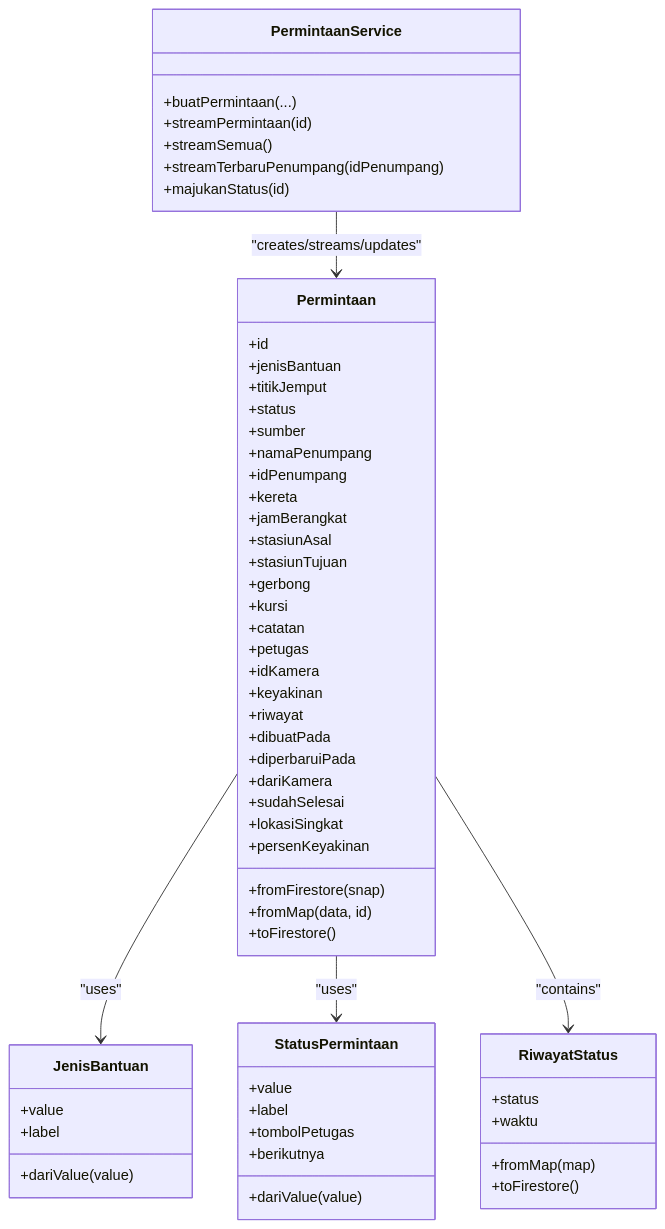
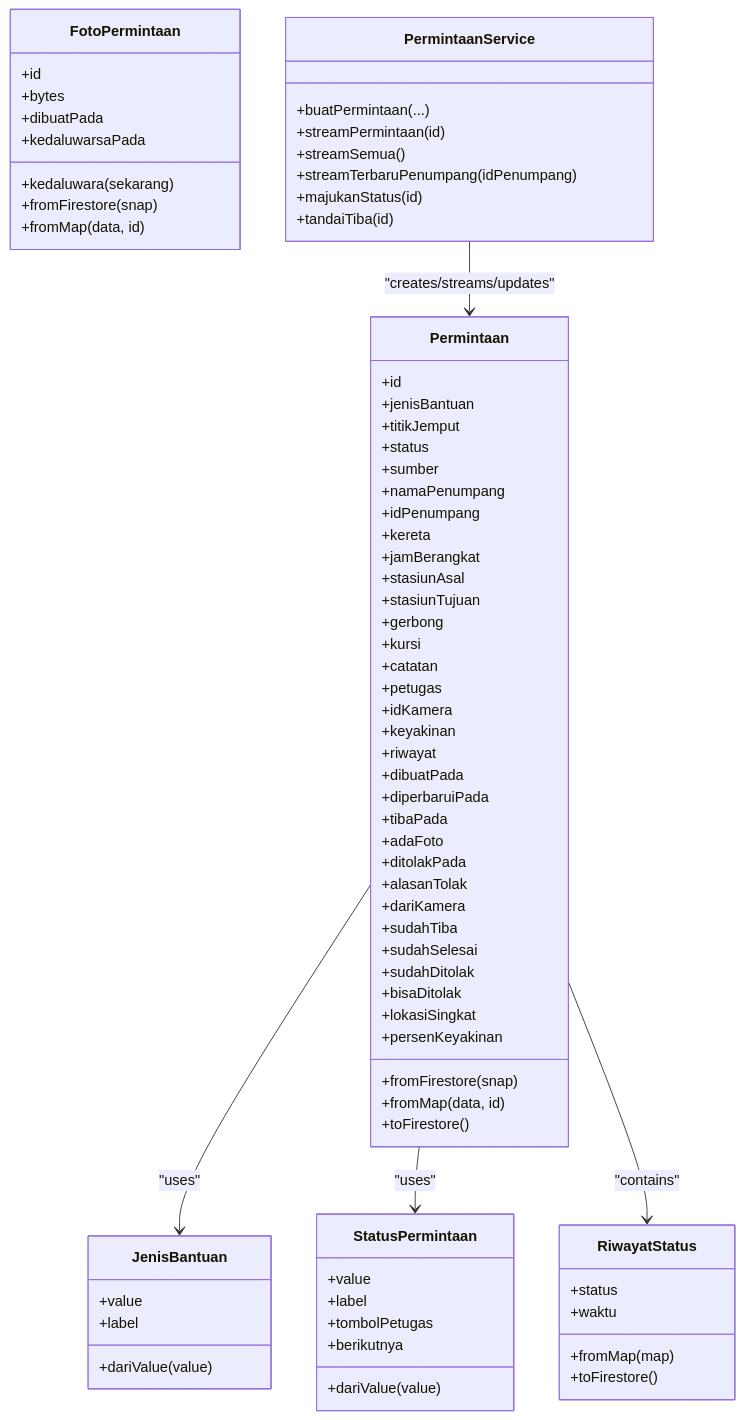
Before and after one commit to rdsarjito/whoosh-ramah: the third of 3 diagrams in .qoder/repowiki/en/content/Data Models & Schema.md, drawn with Mermaid. The commit also changed other lines of this file and 68 other files, not shown here.

````diff
--- a/.qoder/repowiki/en/content/Data Models & Schema.md
+++ b/.qoder/repowiki/en/content/Data Models & Schema.md
@@ -248,61 +289,78 @@
 ```mermaid
 classDiagram
 class JenisBantuan {
 +value
 +label
 +dariValue(value)
 }
 class StatusPermintaan {
 +value
 +label
 +tombolPetugas
 +berikutnya
 +dariValue(value)
 }
 class RiwayatStatus {
 +status
 +waktu
 +fromMap(map)
 +toFirestore()
+}
+class FotoPermintaan {
++id
++bytes
++dibuatPada
++kedaluwarsaPada
++kedaluwara(sekarang)
++fromFirestore(snap)
++fromMap(data, id)
 }
 class Permintaan {
 +id
 +jenisBantuan
 +titikJemput
 +status
 +sumber
 +namaPenumpang
 +idPenumpang
 +kereta
 +jamBerangkat
 +stasiunAsal
 +stasiunTujuan
 +gerbong
 +kursi
 +catatan
 +petugas
 +idKamera
 +keyakinan
 +riwayat
 +dibuatPada
 +diperbaruiPada
++tibaPada
++adaFoto
++ditolakPada
++alasanTolak
 +dariKamera
++sudahTiba
 +sudahSelesai
++sudahDitolak
++bisaDitolak
 +lokasiSingkat
 +persenKeyakinan
 +fromFirestore(snap)
 +fromMap(data, id)
 +toFirestore()
 }
 class PermintaanService {
 +buatPermintaan(...)
 +streamPermintaan(id)
 +streamSemua()
 +streamTerbaruPenumpang(idPenumpang)
 +majukanStatus(id)
++tandaiTiba(id)
 }
 Permintaan --> JenisBantuan : "uses"
 Permintaan --> StatusPermintaan : "uses"
 Permintaan --> RiwayatStatus : "contains"
 PermintaanService --> Permintaan : "creates/streams/updates"
 ```
````
